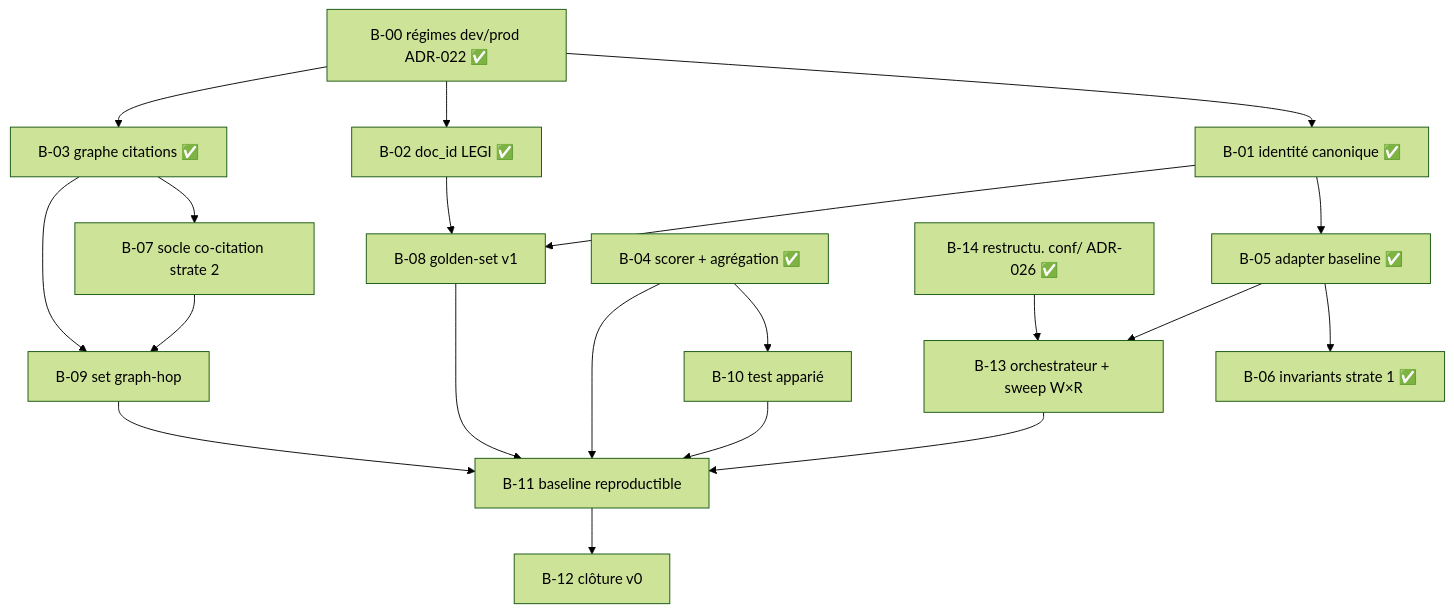
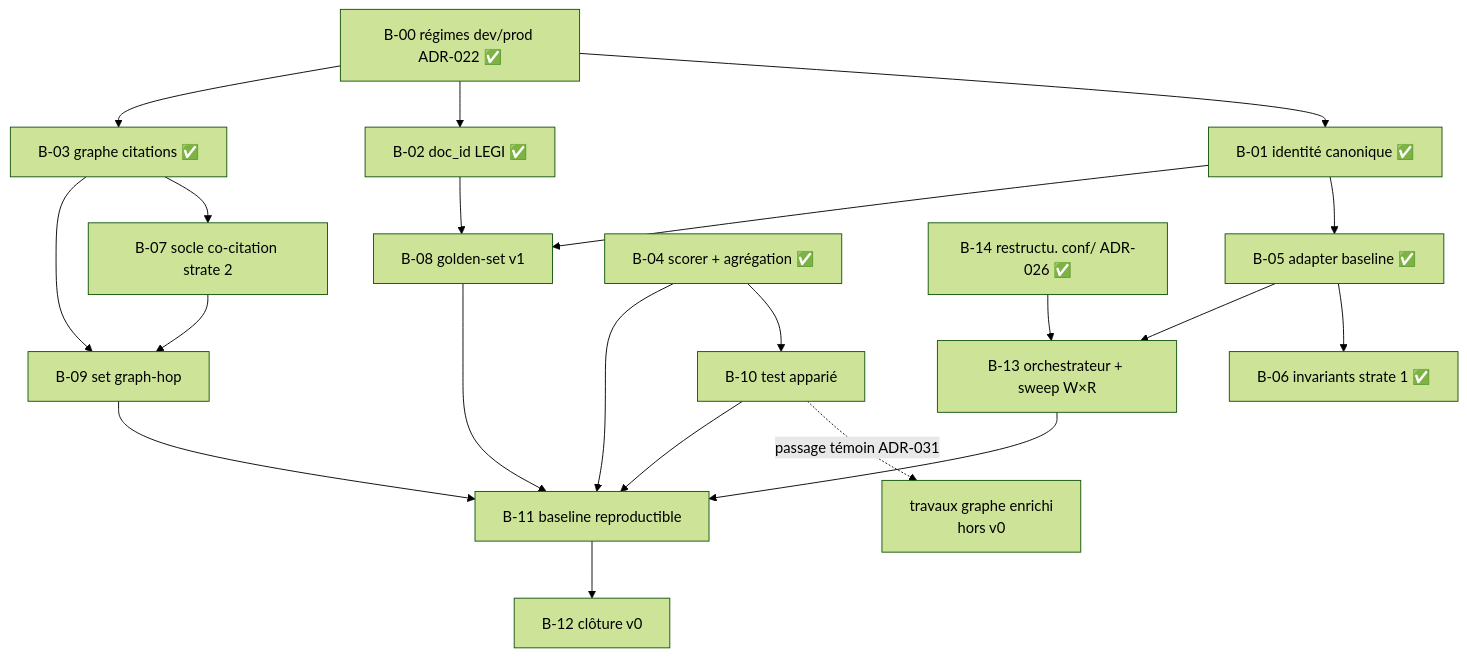
One commit to nmoutou/murphy changed the diagram in docs/pilotage/BACKLOG.md. Above: the diagram before and after it, drawn with Mermaid (forest theme). The commit also changed other lines of this file and 13 other files, not shown here.

````diff
--- a/docs/pilotage/BACKLOG.md
+++ b/docs/pilotage/BACKLOG.md
@@ -167,22 +213,23 @@
 ```mermaid
 flowchart TD
     B00[B-00 régimes dev/prod ADR-022 ✅] --> B01[B-01 identité canonique ✅]
     B00 --> B02[B-02 doc_id LEGI ✅]
     B00 --> B03
     B01 --> B05[B-05 adapter baseline ✅]
     B01 --> B08[B-08 golden-set v1]
     B02 --> B08
     B03[B-03 graphe citations ✅] --> B07[B-07 socle co-citation strate 2]
     B03 --> B09[B-09 set graph-hop]
     B07 --> B09
     B04[B-04 scorer + agrégation ✅] --> B10[B-10 test apparié]
     B04 --> B11[B-11 baseline reproductible]
+    B10 -.->|passage témoin ADR-031| GE[travaux graphe enrichi<br/>hors v0]
     B05 --> B06[B-06 invariants strate 1 ✅]
     B05 --> B13[B-13 orchestrateur + sweep W×R]
     B14[B-14 restructu. conf/ ADR-026 ✅] --> B13
     B08 --> B11
     B09 --> B11
     B10 --> B11
     B13 --> B11
     B11 --> B12[B-12 clôture v0]
 ```
````
